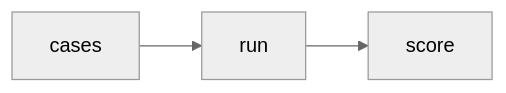
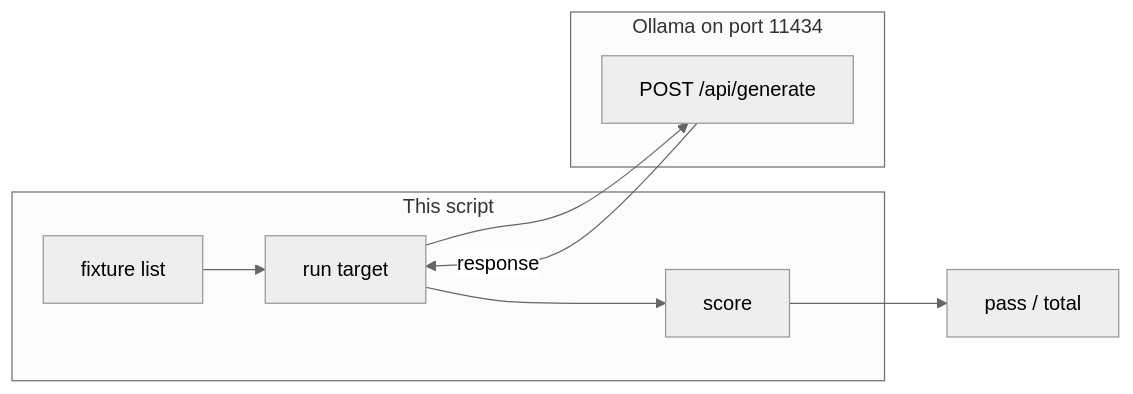
One commit to jacobbweber/AgenticAI-Labs changed the diagram in education/12_reliability/lab2_agent_evals.md. Above: the diagram before and after it, drawn with Mermaid (neutral theme). The commit also changed other lines of this file, not shown here.

Commit message:
Align 12_reliability/lab2_agent_evals.md to the lab template.

````diff
--- a/education/12_reliability/lab2_agent_evals.md
+++ b/education/12_reliability/lab2_agent_evals.md
@@ -25,5 +14,16 @@
 ```mermaid
 flowchart LR
-    C["cases"] --> R["run"]
-    R --> S["score"]
+    subgraph eval_lab2_script [This script]
+        C["fixture list"]
+        R["run target"]
+        S["score"]
+    end
+    subgraph eval_lab2_host [Ollama on port 11434]
+        H["POST /api/generate"]
+    end
+    C --> R
+    R --> H
+    H -->|"response"| R
+    R --> S
+    S --> N["pass / total"]
 ```
````
